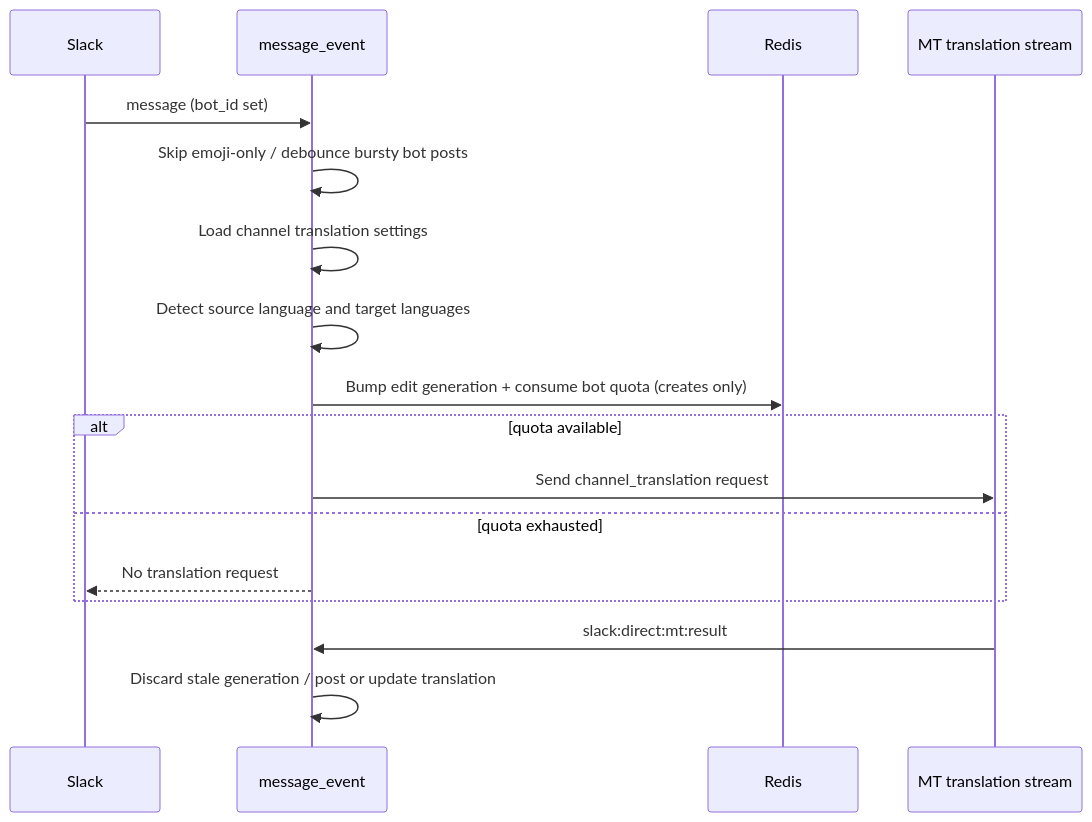
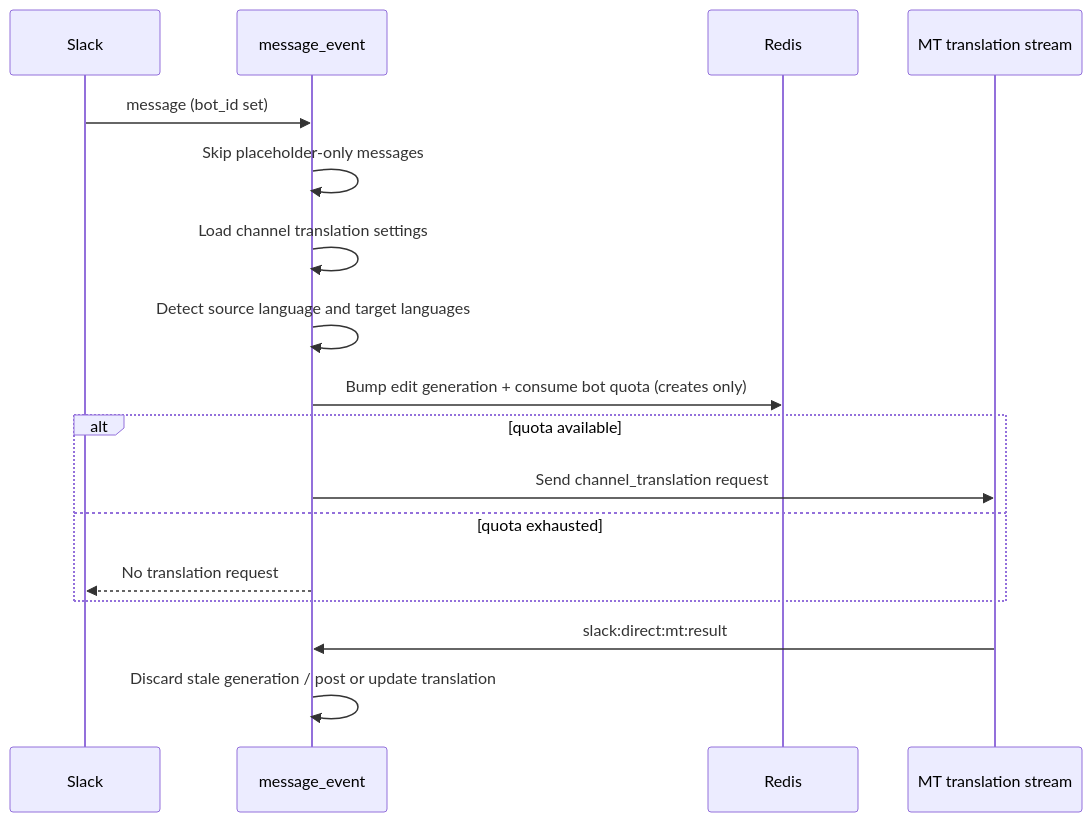
The diagram in docs/bot-message-channel-translation.md (strakergroup/Nake-Agentic-Slack), drawn with Mermaid before and after one commit. The commit also changed other lines of this file and 17 other files, not shown here.

First line of the commit message:
RAY-80512: translate each bot post; skip placeholder-only messages

````diff
--- a/docs/bot-message-channel-translation.md
+++ b/docs/bot-message-channel-translation.md
@@ -7,20 +7,20 @@
 ```mermaid
 sequenceDiagram
     participant Slack
     participant Listener as message_event
     participant Redis
     participant MT as MT translation stream
 
     Slack->>Listener: message (bot_id set)
-    Listener->>Listener: Skip emoji-only / debounce bursty bot posts
+    Listener->>Listener: Skip placeholder-only messages
     Listener->>Listener: Load channel translation settings
     Listener->>Listener: Detect source language and target languages
     Listener->>Redis: Bump edit generation + consume bot quota (creates only)
     alt quota available
         Listener->>MT: Send channel_translation request
     else quota exhausted
         Listener-->>Slack: No translation request
     end
     MT->>Listener: slack:direct:mt:result
     Listener->>Listener: Discard stale generation / post or update translation
 ```
````
